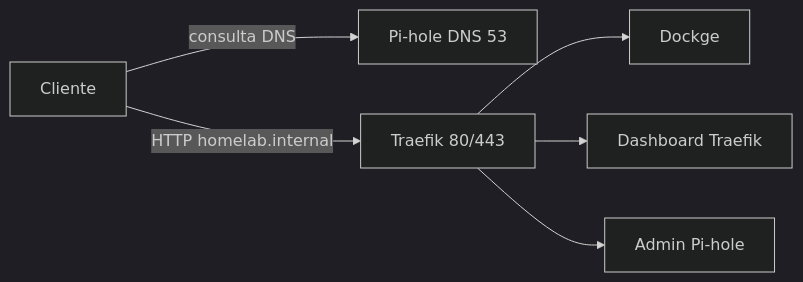
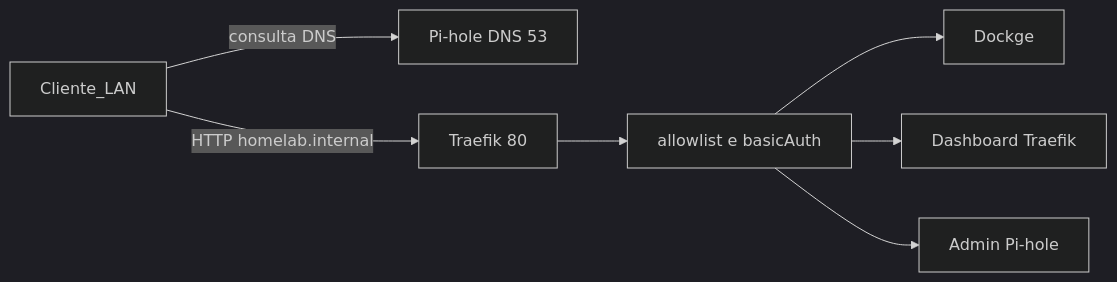
Before and after one commit to davi-lucciola/homelab-setup: the diagram in README.md, drawn with Mermaid (dark theme). The commit also changed other lines of this file and 14 other files, not shown here.

First line of the commit message:
Endurecer a v4: bind na LAN, UFW/DOCKER-USER, basicAuth e portas admin fora do host.

````diff
--- a/README.md
+++ b/README.md
@@ -7,15 +9,17 @@
 ```mermaid
 flowchart LR
-  client[Cliente]
+  client[Cliente_LAN]
   pihole[Pi-hole DNS 53]
-  traefik[Traefik 80/443]
+  traefik[Traefik 80]
+  auth[allowlist e basicAuth]
   dockge[Dockge]
   dash[Dashboard Traefik]
   admin[Admin Pi-hole]
 
   client -->|consulta DNS| pihole
   client -->|HTTP homelab.internal| traefik
-  traefik --> dockge
-  traefik --> dash
-  traefik --> admin
+  traefik --> auth
+  auth --> dockge
+  auth --> dash
+  auth --> admin
 ```
````
